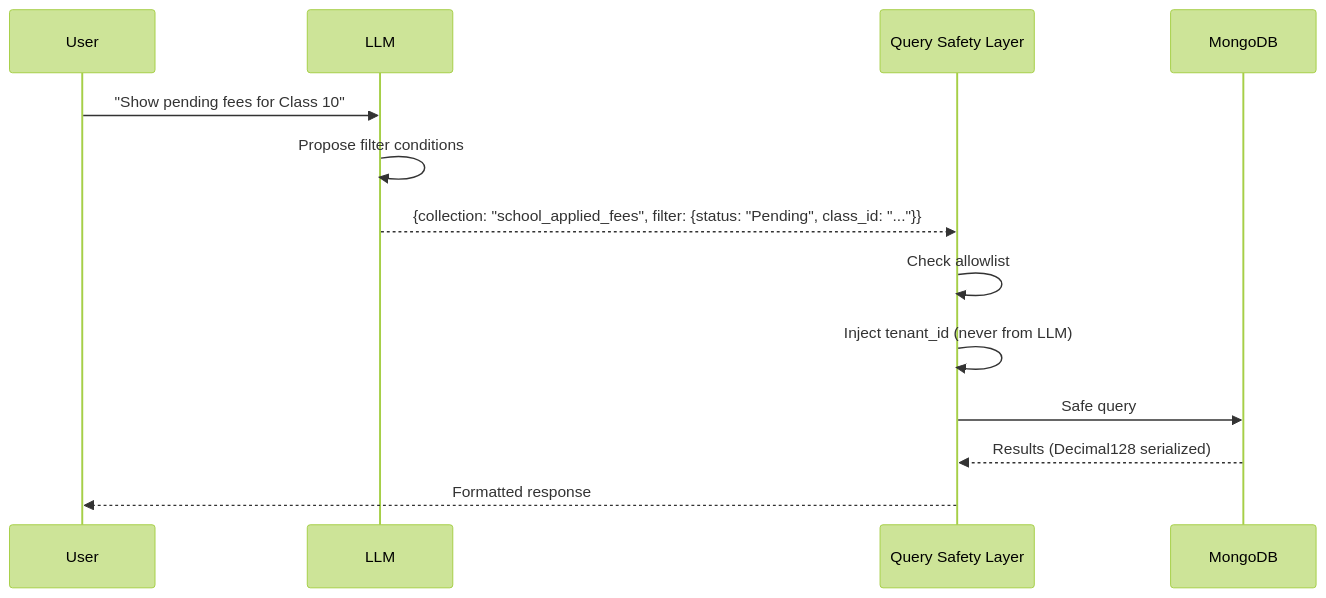
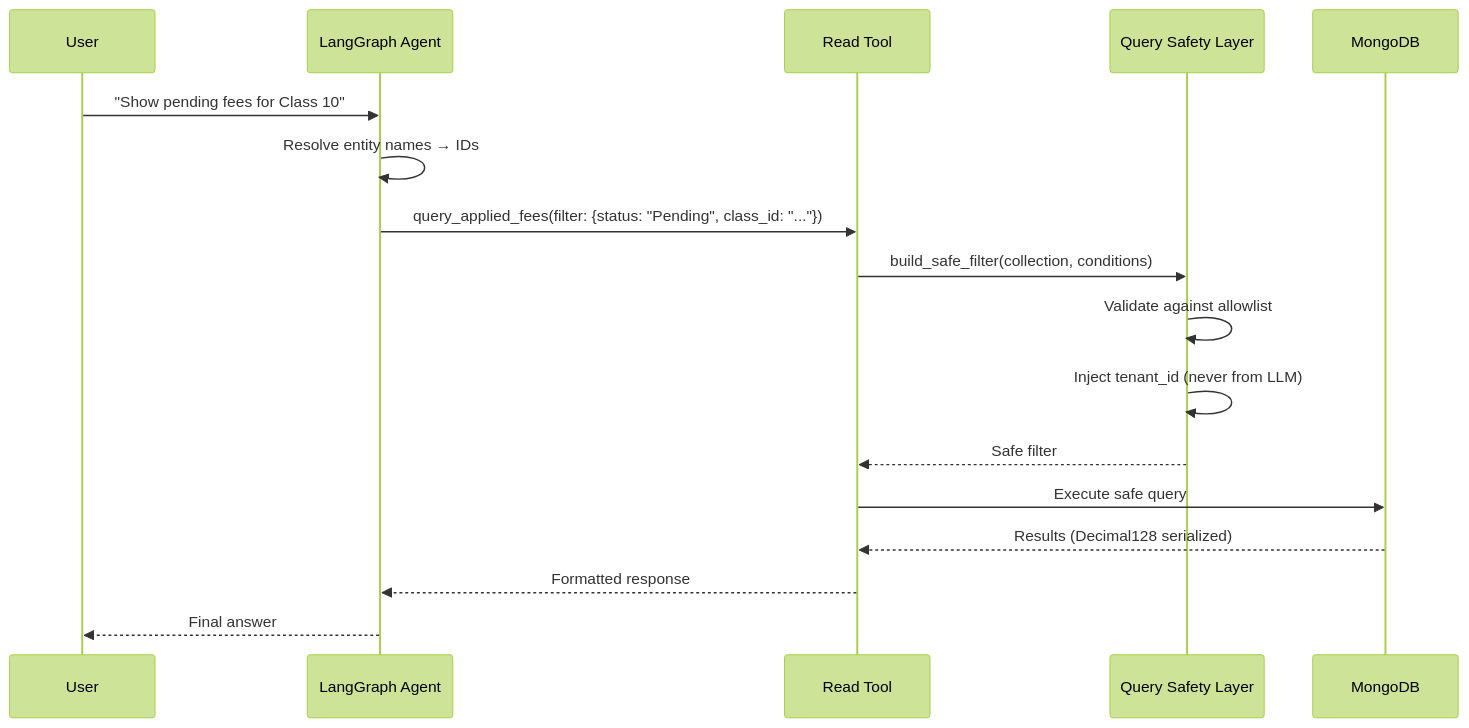
One commit to pawanm992002/AI_CHATBOT changed the ninth of 10 diagrams in README.md. Above: the diagram before and after it, drawn with Mermaid (forest theme). The commit also changed other lines of this file and 5 other files, not shown here.

````diff
--- a/README.md
+++ b/README.md
@@ -1348,16 +1377,20 @@
 ```mermaid
 sequenceDiagram
     participant User
-    participant LLM
+    participant LangGraph Agent
+    participant Read Tool
     participant Query Safety Layer
     participant MongoDB
 
-    User->>LLM: "Show pending fees for Class 10"
-    LLM->>LLM: Propose filter conditions
-    LLM-->>Query Safety Layer: {collection: "school_applied_fees", filter: {status: "Pending", class_id: "..."}}
-    Query Safety Layer->>Query Safety Layer: Check allowlist
+    User->>LangGraph Agent: "Show pending fees for Class 10"
+    LangGraph Agent->>LangGraph Agent: Resolve entity names → IDs
+    LangGraph Agent->>Read Tool: query_applied_fees(filter: {status: "Pending", class_id: "..."})
+    Read Tool->>Query Safety Layer: build_safe_filter(collection, conditions)
+    Query Safety Layer->>Query Safety Layer: Validate against allowlist
     Query Safety Layer->>Query Safety Layer: Inject tenant_id (never from LLM)
-    Query Safety Layer->>MongoDB: Safe query
-    MongoDB-->>Query Safety Layer: Results (Decimal128 serialized)
-    Query Safety Layer-->>User: Formatted response
+    Query Safety Layer-->>Read Tool: Safe filter
+    Read Tool->>MongoDB: Execute safe query
+    MongoDB-->>Read Tool: Results (Decimal128 serialized)
+    Read Tool-->>LangGraph Agent: Formatted response
+    LangGraph Agent-->>User: Final answer
 ```
````
